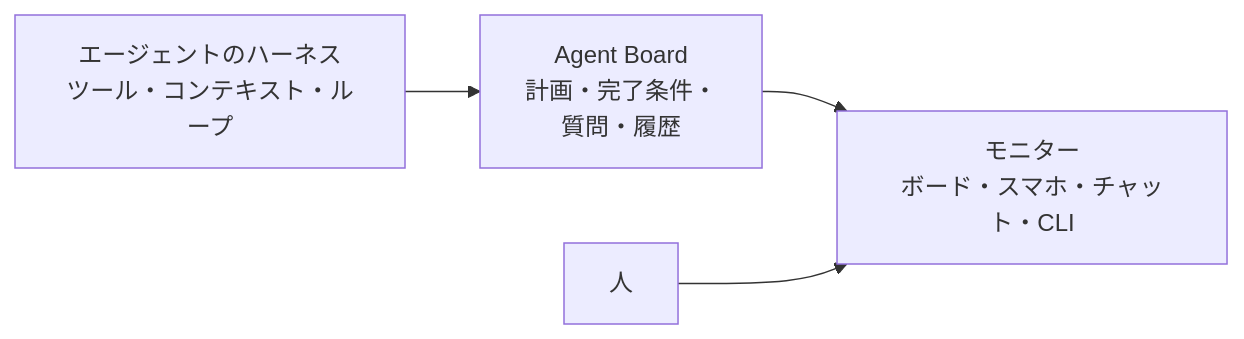
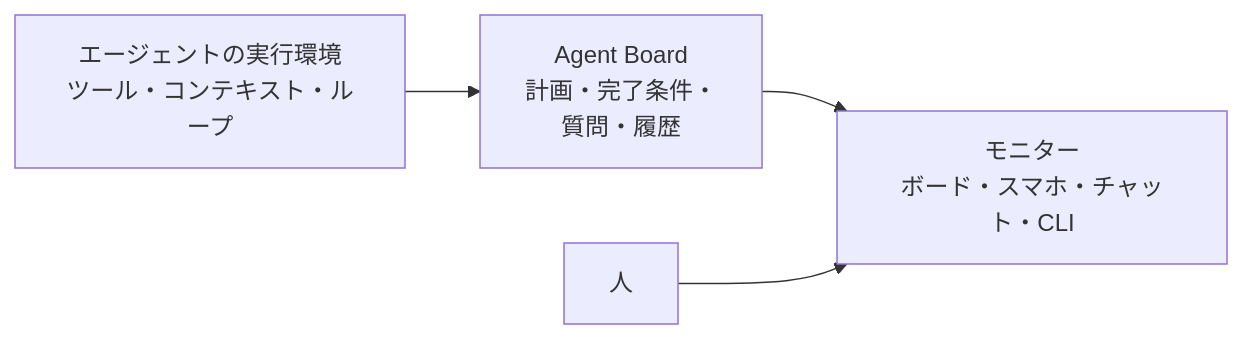
One commit to FooQoo/agent-board changed the first of 6 diagrams in docs/ja/dev/concepts/overview.md. Above: the diagram before and after it, drawn with Mermaid. The commit also changed other lines of this file and 7 other files, not shown here.

Commit message:
docs: call Agent Board a shared workspace instead of a work harness

````diff
--- a/docs/ja/dev/concepts/overview.md
+++ b/docs/ja/dev/concepts/overview.md
@@ -11,6 +11,6 @@
 ```mermaid
 flowchart LR
-    Agent["エージェントのハーネス<br/>ツール・コンテキスト・ループ"] --> Work["Agent Board<br/>計画・完了条件・<br/>質問・履歴"]
+    Agent["エージェントの実行環境<br/>ツール・コンテキスト・ループ"] --> Work["Agent Board<br/>計画・完了条件・<br/>質問・履歴"]
     Work --> Monitors["モニター<br/>ボード・スマホ・チャット・CLI"]
     Person["人"] --> Monitors
 ```
````
